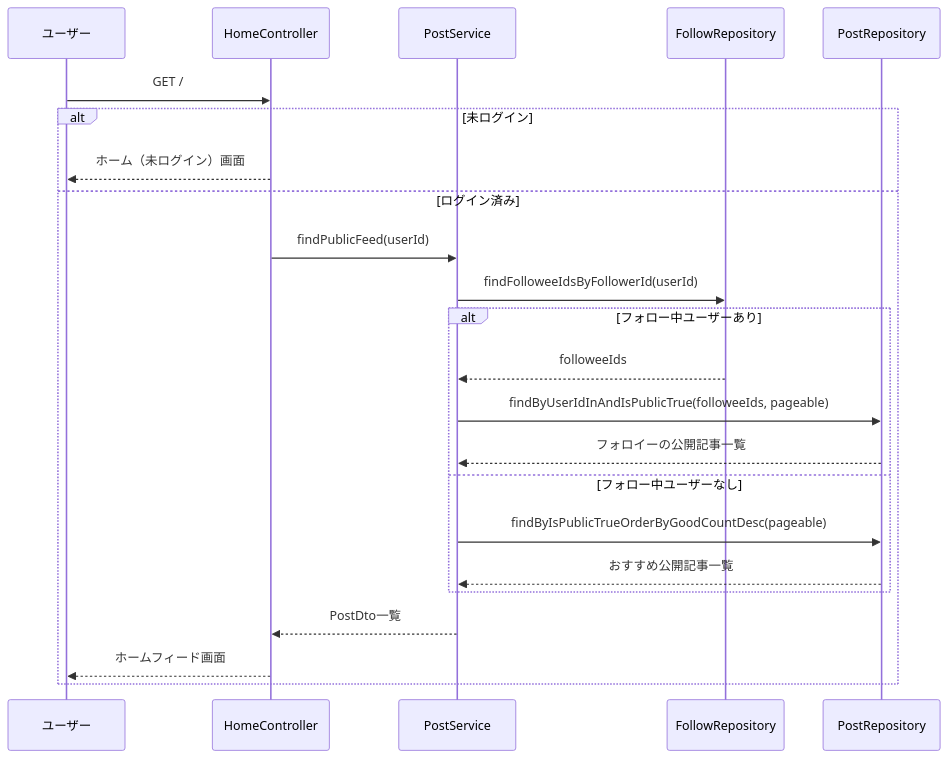
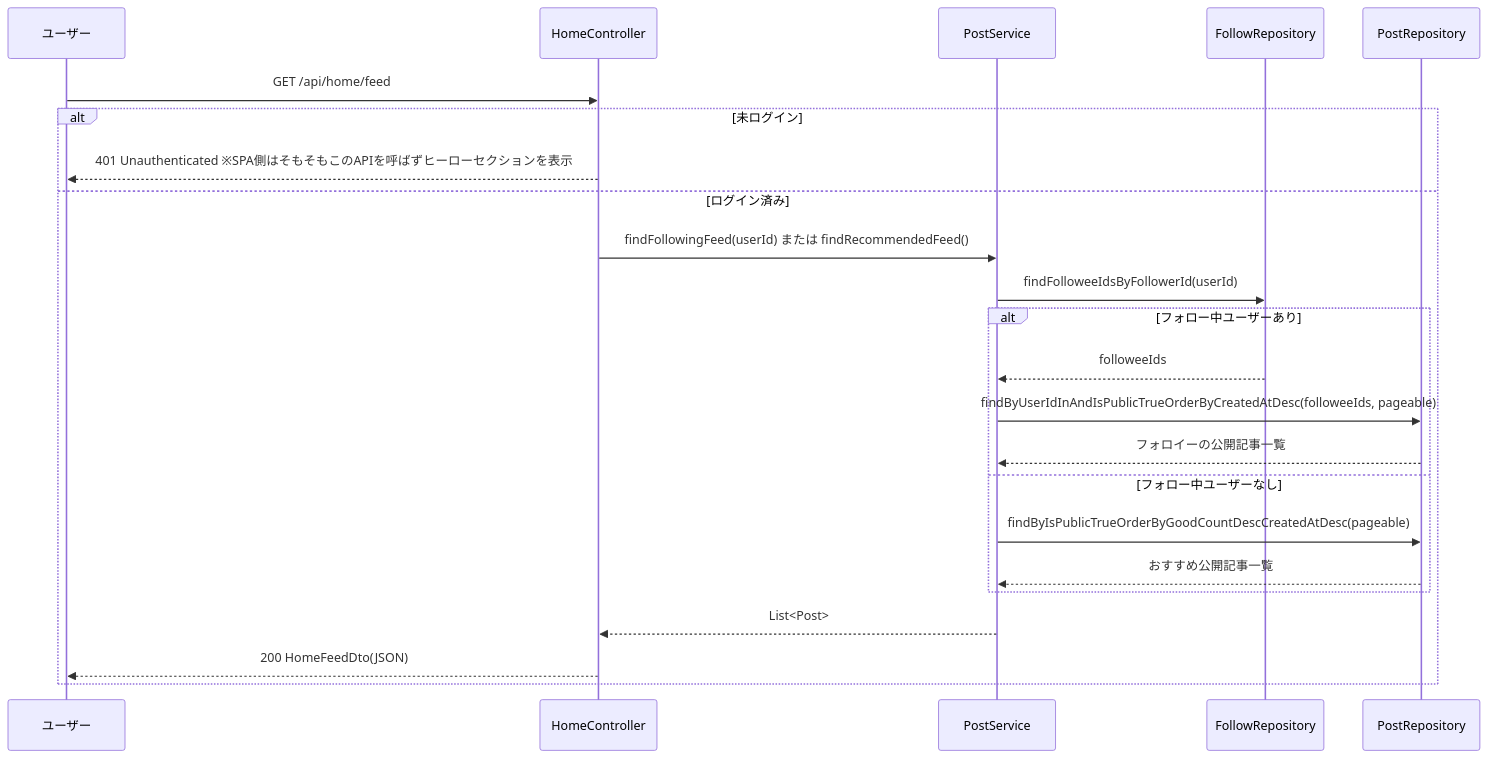
The seventh of 8 diagrams in docs/functional-design.md (ichi-269/Bukuro), drawn with Mermaid before and after one commit. The commit also changed other lines of this file and 104 other files, not shown here.

````diff
--- a/docs/functional-design.md
+++ b/docs/functional-design.md
@@ -417,26 +417,26 @@
 ```mermaid
 sequenceDiagram
     participant User as ユーザー
     participant Controller as HomeController
     participant PostSvc as PostService
     participant FollowRepo as FollowRepository
     participant PostRepo as PostRepository
 
-    User->>Controller: GET /
+    User->>Controller: GET /api/home/feed
     alt 未ログイン
-        Controller-->>User: ホーム（未ログイン）画面
+        Controller-->>User: 401 Unauthenticated ※SPA側はそもそもこのAPIを呼ばずヒーローセクションを表示
     else ログイン済み
-        Controller->>PostSvc: findPublicFeed(userId)
+        Controller->>PostSvc: findFollowingFeed(userId) または findRecommendedFeed()
         PostSvc->>FollowRepo: findFolloweeIdsByFollowerId(userId)
         alt フォロー中ユーザーあり
             FollowRepo-->>PostSvc: followeeIds
-            PostSvc->>PostRepo: findByUserIdInAndIsPublicTrue(followeeIds, pageable)
+            PostSvc->>PostRepo: findByUserIdInAndIsPublicTrueOrderByCreatedAtDesc(followeeIds, pageable)
             PostRepo-->>PostSvc: フォロイーの公開記事一覧
         else フォロー中ユーザーなし
-            PostSvc->>PostRepo: findByIsPublicTrueOrderByGoodCountDesc(pageable)
+            PostSvc->>PostRepo: findByIsPublicTrueOrderByGoodCountDescCreatedAtDesc(pageable)
             PostRepo-->>PostSvc: おすすめ公開記事一覧
         end
-        PostSvc-->>Controller: PostDto一覧
-        Controller-->>User: ホームフィード画面
+        PostSvc-->>Controller: List<Post>
+        Controller-->>User: 200 HomeFeedDto(JSON)
     end
 ```
````
